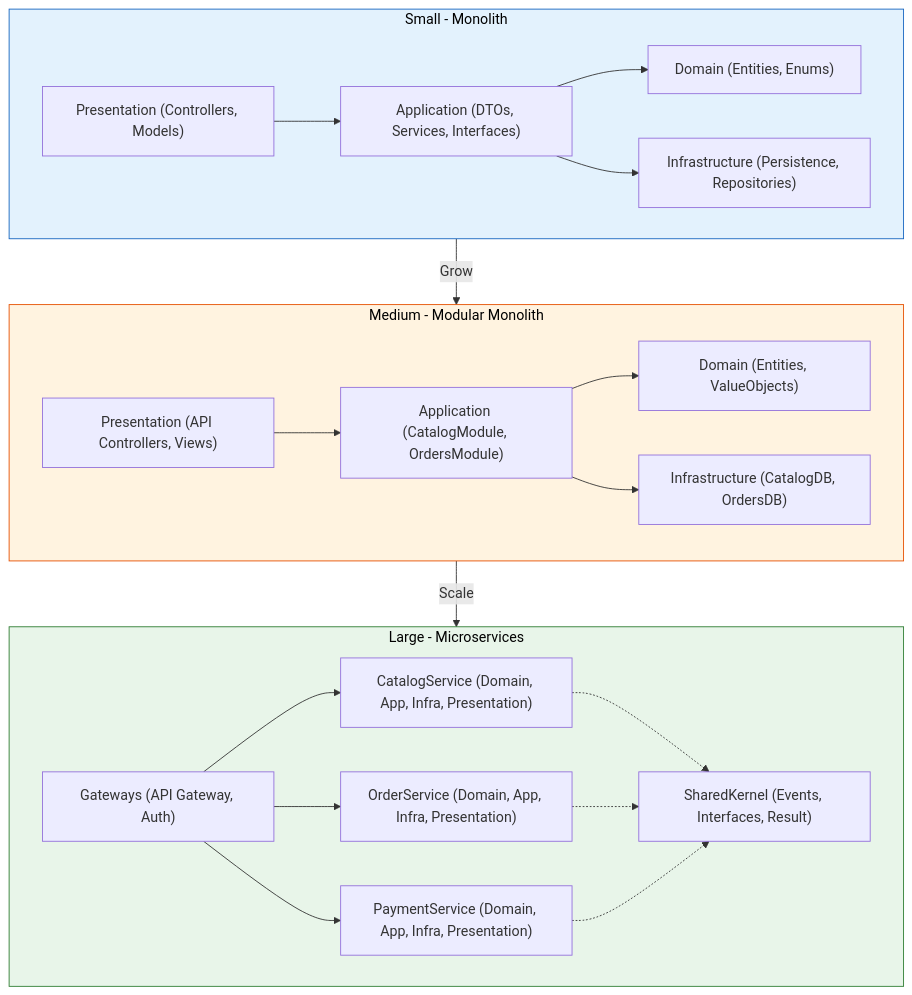
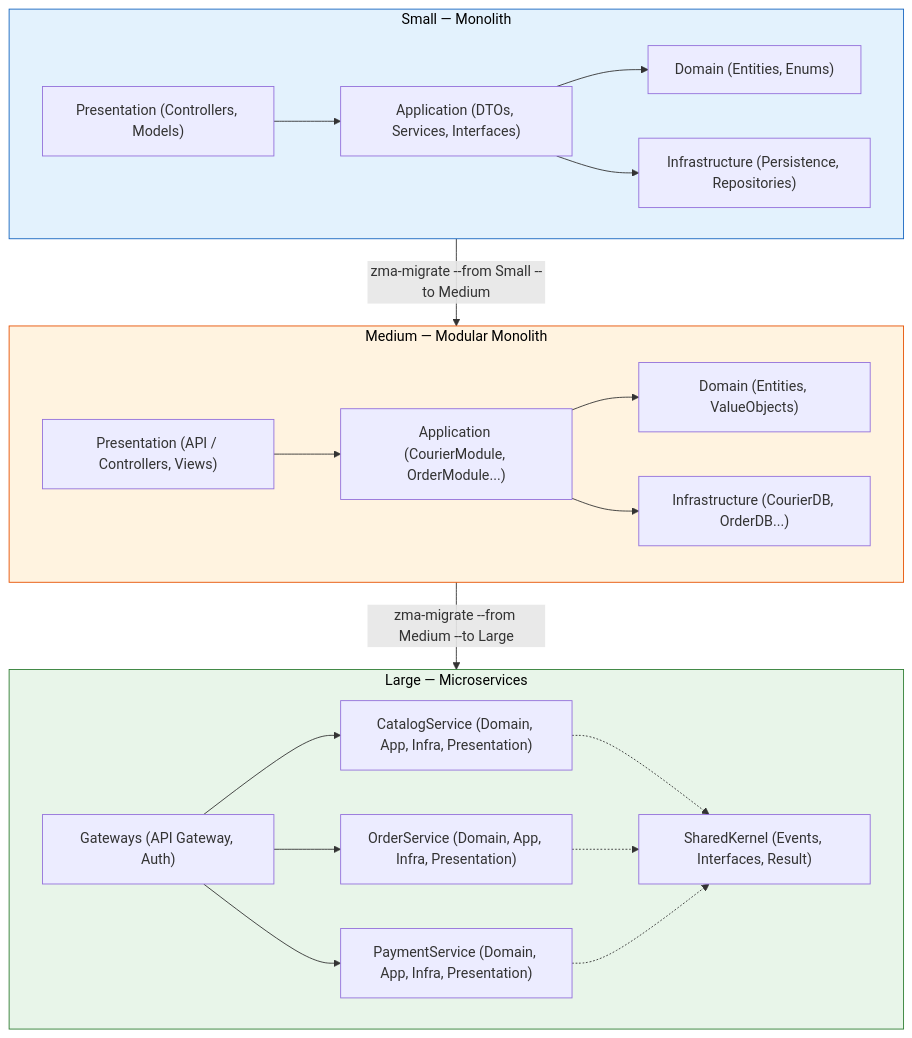
One commit to zohaib-khan-786/ZK-Hybrid-Architecture changed the first of 3 diagrams in README.md. Above: the diagram before and after it, drawn with Mermaid. The commit also changed other lines of this file, not shown here.

Commit message:
Rewrite README with full ecosystem story — tools, tiers, licensing, architecture

````diff
--- a/README.md
+++ b/README.md
@@ -93,39 +47,39 @@
 ```mermaid
 graph TB
-  subgraph Small["Small - Monolith"]
+  subgraph Small["Small — Monolith"]
     S_P["Presentation (Controllers, Models)"]
     S_A["Application (DTOs, Services, Interfaces)"]
     S_D["Domain (Entities, Enums)"]
     S_I["Infrastructure (Persistence, Repositories)"]
     S_P --> S_A --> S_D
     S_A --> S_I
   end
 
-  subgraph Medium["Medium - Modular Monolith"]
-    M_P["Presentation (API Controllers, Views)"]
-    M_AC["Application (CatalogModule, OrdersModule)"]
+  subgraph Medium["Medium — Modular Monolith"]
+    M_P["Presentation (API / Controllers, Views)"]
+    M_AC["Application (CourierModule, OrderModule...)"]
     M_D["Domain (Entities, ValueObjects)"]
-    M_I["Infrastructure (CatalogDB, OrdersDB)"]
+    M_I["Infrastructure (CourierDB, OrderDB...)"]
     M_P --> M_AC --> M_D
     M_AC --> M_I
   end
 
-  subgraph Large["Large - Microservices"]
+  subgraph Large["Large — Microservices"]
     L_GW["Gateways (API Gateway, Auth)"]
     L_CS["CatalogService (Domain, App, Infra, Presentation)"]
     L_OS["OrderService (Domain, App, Infra, Presentation)"]
     L_PS["PaymentService (Domain, App, Infra, Presentation)"]
     L_SK["SharedKernel (Events, Interfaces, Result)"]
     L_GW --> L_CS & L_OS & L_PS
     L_CS -.-> L_SK
     L_OS -.-> L_SK
     L_PS -.-> L_SK
   end
 
-  Small -->|Grow| Medium
-  Medium -->|Scale| Large
+  Small -->|"zma-migrate --from Small --to Medium"| Medium
+  Medium -->|"zma-migrate --from Medium --to Large"| Large
 
   style Small fill:#e3f2fd,stroke:#1565c0,color:#000
   style Medium fill:#fff3e0,stroke:#e65100,color:#000
   style Large fill:#e8f5e9,stroke:#2e7d32,color:#000
 ```
````
